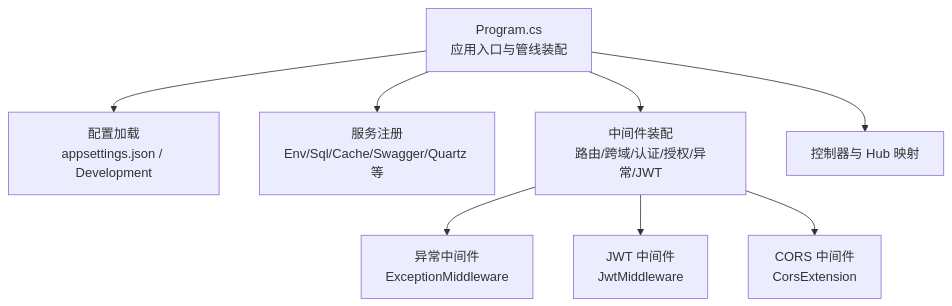
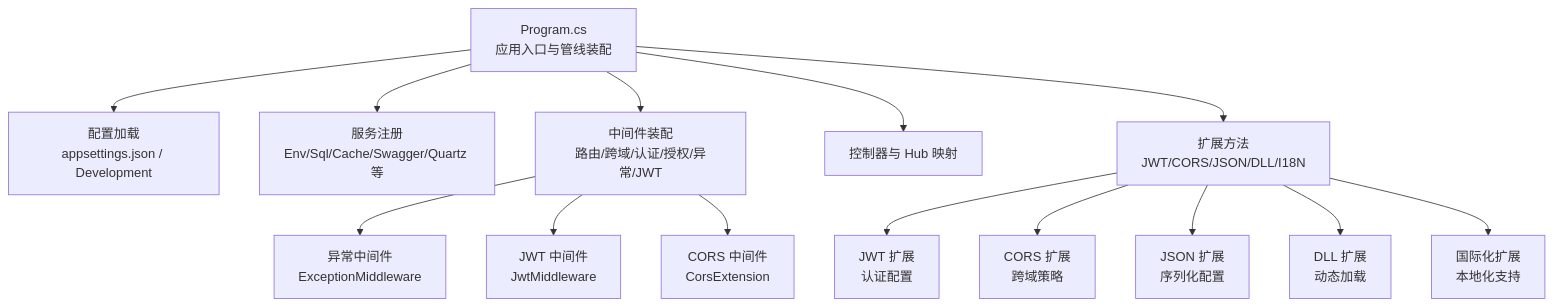
Before and after one commit to leadiot/Scm.Net: the first of 12 diagrams in .qoder/repowiki/zh/content/服务器基础设施/服务器基础设施.md, drawn with Mermaid. The commit also changed other lines of this file and 126 other files, not shown here.

````diff
--- a/.qoder/repowiki/zh/content/服务器基础设施/服务器基础设施.md
+++ b/.qoder/repowiki/zh/content/服务器基础设施/服务器基础设施.md
@@ -38,10 +60,16 @@
 ```mermaid
 graph TB
 A["Program.cs<br/>应用入口与管线装配"] --> B["配置加载<br/>appsettings.json / Development"]
 A --> C["服务注册<br/>Env/Sql/Cache/Swagger/Quartz 等"]
 A --> D["中间件装配<br/>路由/跨域/认证/授权/异常/JWT"]
 D --> D1["异常中间件<br/>ExceptionMiddleware"]
 D --> D2["JWT 中间件<br/>JwtMiddleware"]
 D --> D3["CORS 中间件<br/>CorsExtension"]
 A --> E["控制器与 Hub 映射"]
+A --> F["扩展方法<br/>JWT/CORS/JSON/DLL/I18N"]
+F --> F1["JWT 扩展<br/>认证配置"]
+F --> F2["CORS 扩展<br/>跨域策略"]
+F --> F3["JSON 扩展<br/>序列化配置"]
+F --> F4["DLL 扩展<br/>动态加载"]
+F --> F5["国际化扩展<br/>本地化支持"]
 ```
````
